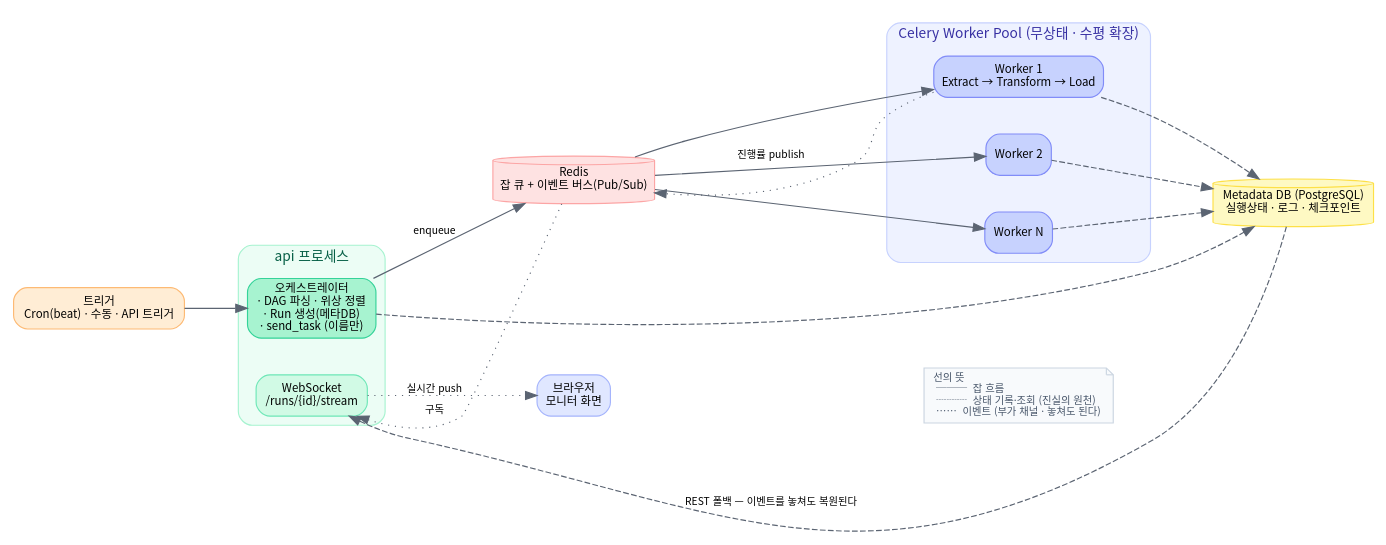
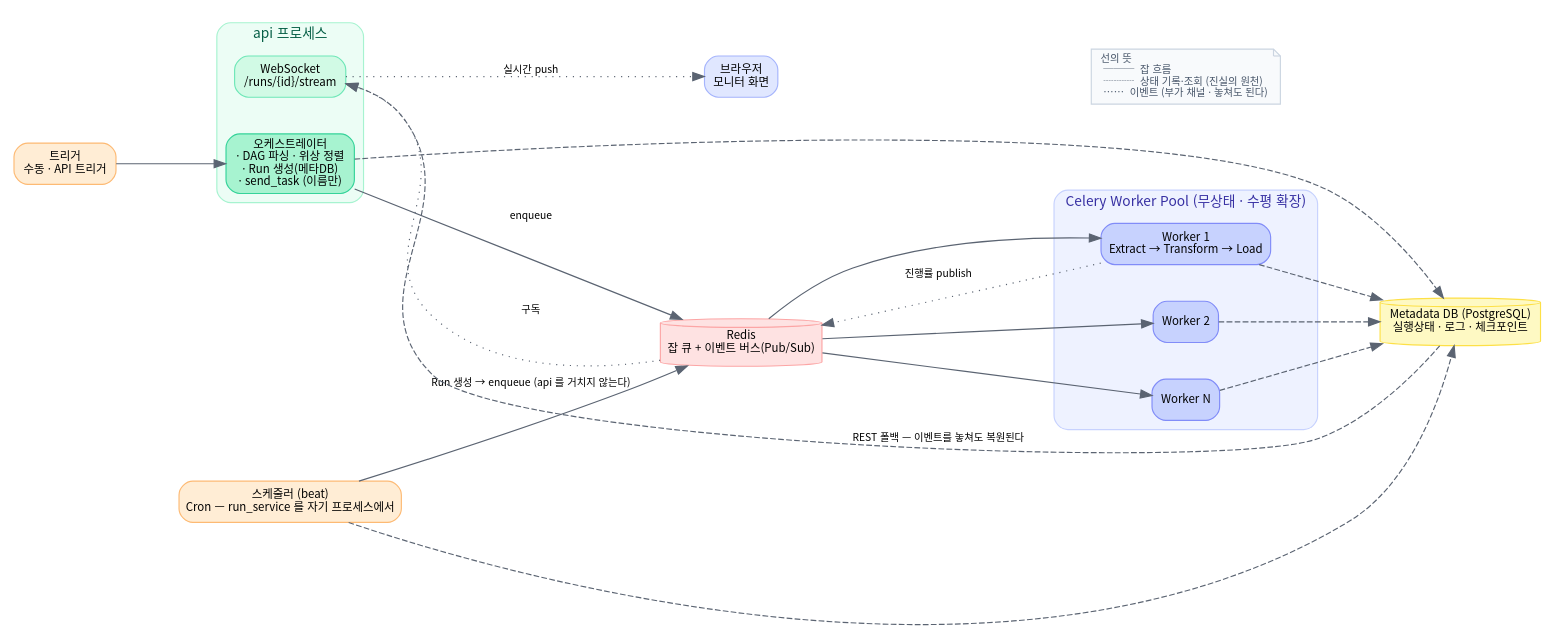
Before and after one commit to SurvivorsStudio/ditter: the diagram in docs/diagrams/d2_pipeline.dot, drawn with Graphviz. The commit also changed 5 other files, not shown here.

First line of the commit message:
docs: 그림에서 beat 가 api 를 부르지 않게 한다

```diff
--- a/docs/diagrams/d2_pipeline.dot
+++ b/docs/diagrams/d2_pipeline.dot
@@ -1,59 +1,64 @@
 // 파이프라인 실행 흐름 — 그리고 **상태가 화면에 닿는 두 경로**.
 //
 // 이 그림이 존재하는 이유는 선의 종류다. 예전 그림은 메타DB 에서 WebSocket 으로 화살표를
 // 그렸는데, 그러면 "진행률은 메타DB 를 폴링해서 온다"로 읽힌다. 실제는 반대다 —
 // 워커가 Redis 로 publish 하고 api 의 WebSocket 이 구독해 밀어 준다.
 //
 // 그 구분이 왜 중요한가: 이벤트는 **부가 채널**이고 진실의 원천은 언제나 메타DB 다
 // (services/events.py 도크스트링). 구독자가 없어 이벤트를 놓쳐도 UI 는 REST 로 같은
 // 상태를 복원한다. 둘을 뒤집으면 "이벤트를 놓치면 상태를 잃는다"는 잘못된 그림이 된다.
 //
-// Main (Orchestrator) 는 별도 프로세스가 아니라 **api 안**이다 (services/run_service.py).
+// Main (Orchestrator) 는 별도 프로세스가 아니다 (services/run_service.py). 다만 "api 안"으로
+// 뭉뚱그리지 않는다 — 수동·API 트리거는 api 프로세스가, Cron 은 스케줄러(beat) 프로세스가
+// 같은 run_service 코드를 돌려 직접 큐에 넣는다 (eai_worker/scheduler.py). beat 는 api 를
+// 부르지 않으므로 트리거 셋을 한 상자에 묶으면 그 차이가 선에서 지워진다.
 //
 // 다시 그리기: docs/diagrams/README.md
 
 digraph G {
   rankdir=LR; bgcolor="white"; compound=true;
   node [fontname="Noto Sans CJK KR,Apple SD Gothic Neo", fontsize=10, shape=box, style="rounded,filled"];
   edge [fontname="Noto Sans CJK KR,Apple SD Gothic Neo", fontsize=9, color="#5b6472"];
   graph [fontname="Noto Sans CJK KR,Apple SD Gothic Neo", fontsize=12, nodesep=0.45, ranksep=0.75];
 
-  trigger [label="트리거\nCron(beat) · 수동 · API 트리거", fillcolor="#ffedd5", color="#fdba74"];
+  trigger [label="트리거\n수동 · API 트리거", fillcolor="#ffedd5", color="#fdba74"];
+  beat    [label="스케줄러 (beat)\nCron — run_service 를 자기 프로세스에서", fillcolor="#ffedd5", color="#fdba74"];
 
   subgraph cluster_api {
     label="api 프로세스"; style="rounded,filled"; fillcolor="#ecfdf5"; color="#a7f3d0"; fontcolor="#065f46"; fontname="Noto Sans CJK KR,Apple SD Gothic Neo";
     orch [label="오케스트레이터\n· DAG 파싱 · 위상 정렬\n· Run 생성(메타DB)\n· send_task (이름만)", fillcolor="#a7f3d0", color="#34d399"];
     ws   [label="WebSocket\n/runs/{id}/stream", fillcolor="#d1fae5", color="#6ee7b7"];
   }
 
   redis [label="Redis\n잡 큐 + 이벤트 버스(Pub/Sub)", shape=cylinder, fillcolor="#fee2e2", color="#fca5a5"];
 
   subgraph cluster_w {
     label="Celery Worker Pool (무상태 · 수평 확장)"; style="rounded,filled"; fillcolor="#eef2ff"; color="#c7d2fe"; fontcolor="#3730a3"; fontname="Noto Sans CJK KR,Apple SD Gothic Neo";
     w1 [label="Worker 1\nExtract → Transform → Load", fillcolor="#c7d2fe", color="#818cf8"];
     w2 [label="Worker 2", fillcolor="#c7d2fe", color="#818cf8"];
     w3 [label="Worker N", fillcolor="#c7d2fe", color="#818cf8"];
   }
 
   meta    [label="Metadata DB (PostgreSQL)\n실행상태 · 로그 · 체크포인트", shape=cylinder, fillcolor="#fef9c3", color="#fde047"];
   browser [label="브라우저\n모니터 화면", fillcolor="#e0e7ff", color="#a5b4fc"];
 
   // ── 실선: 잡이 흐르는 길 ──────────────────────────────────────────────
   trigger -> orch;
   orch -> redis [label="enqueue"];
+  beat -> redis [label="Run 생성 → enqueue (api 를 거치지 않는다)"];
   redis -> w1; redis -> w2; redis -> w3;
 
   // ── 파선: 상태를 쓰는 길. 여기가 진실의 원천이다 ──────────────────────
-  orch -> meta [style=dashed];
+  orch -> meta [style=dashed]; beat -> meta [style=dashed];
   w1 -> meta [style=dashed]; w2 -> meta [style=dashed]; w3 -> meta [style=dashed];
   meta -> ws  [style=dashed, constraint=false, label="REST 폴백 — 이벤트를 놓쳐도 복원된다"];
 
   // ── 점선: 이벤트가 흐르는 길. 빠르지만 부가 채널이다 ──────────────────
   w1 -> redis [style=dotted, constraint=false, label="진행률 publish"];
   redis -> ws [style=dotted, constraint=false, label="구독"];
   ws -> browser [style=dotted, label="실시간 push"];
 
   legend [shape=note, style="filled", fillcolor="#f8fafc", color="#cbd5e1", fontsize=9,
           fontcolor="#475569", label="선의 뜻\l  ───  잡 흐름\l  ┈┈┈  상태 기록·조회 (진실의 원천)\l  ⋯⋯  이벤트 (부가 채널 · 놓쳐도 된다)\l"];
   browser -> legend [style=invis];
 }
```
